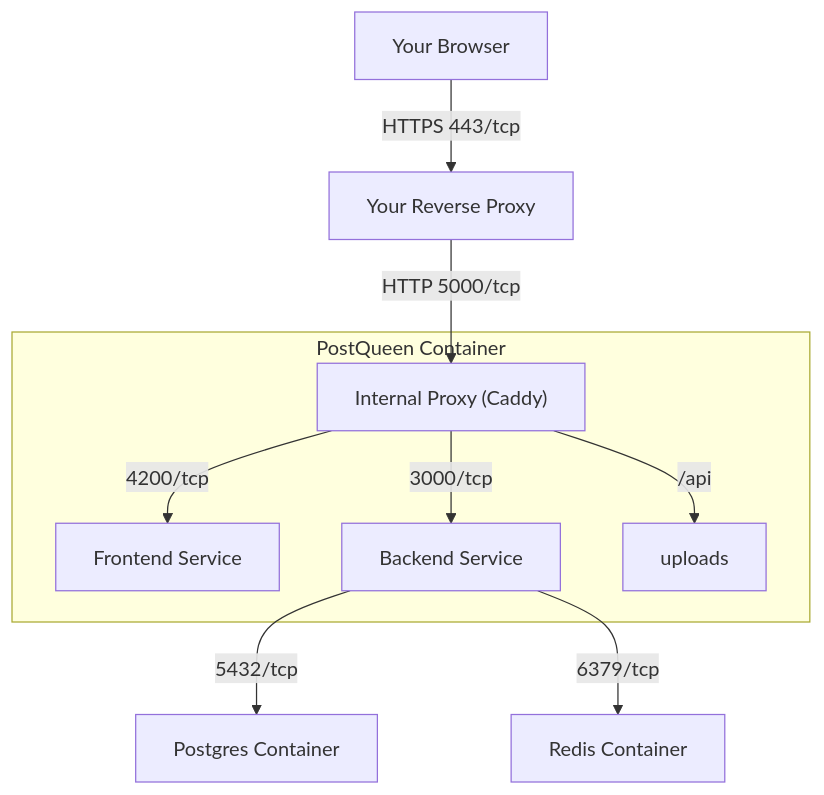
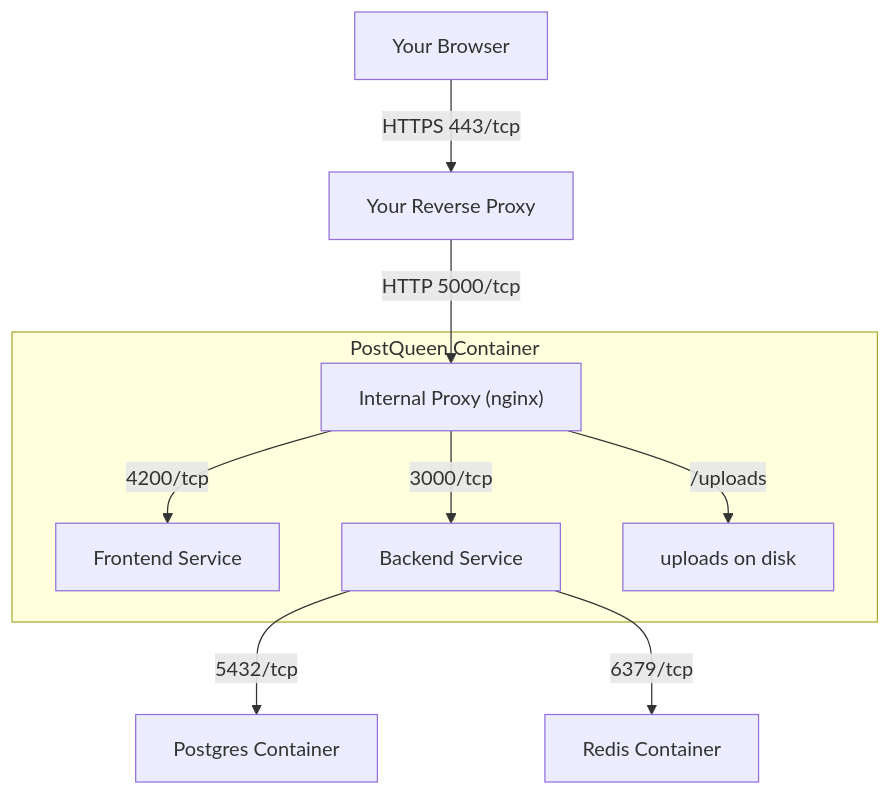
Before and after one commit to GkhanKINAY/postqueen-docs: the diagram in snippets/installation-pre-reqs.mdx, drawn with Mermaid. The commit also changed 4 other files, not shown here.

First line of the commit message:
docs(api): the schemas nobody had checked

````diff
--- a/snippets/installation-pre-reqs.mdx
+++ b/snippets/installation-pre-reqs.mdx
@@ -31,14 +31,14 @@
 ```mermaid
 graph TD;
 	A[Your Browser] -->|HTTPS 443/tcp| B[Your Reverse Proxy]
-	B -->|HTTP 5000/tcp| C["Internal Proxy (Caddy)"]
+	B -->|HTTP 5000/tcp| C["Internal Proxy (nginx)"]
 
 	subgraph "PostQueen Container"
 	C -->|4200/tcp| D[Frontend Service]
 	C -->|3000/tcp| E[Backend Service]
-    C -->|/api| H[uploads]
+    C -->|/uploads| H[uploads on disk]
 	end
 
 	E -->|5432/tcp| F[Postgres Container]
 	E -->|6379/tcp| G[Redis Container]
 ```
````
